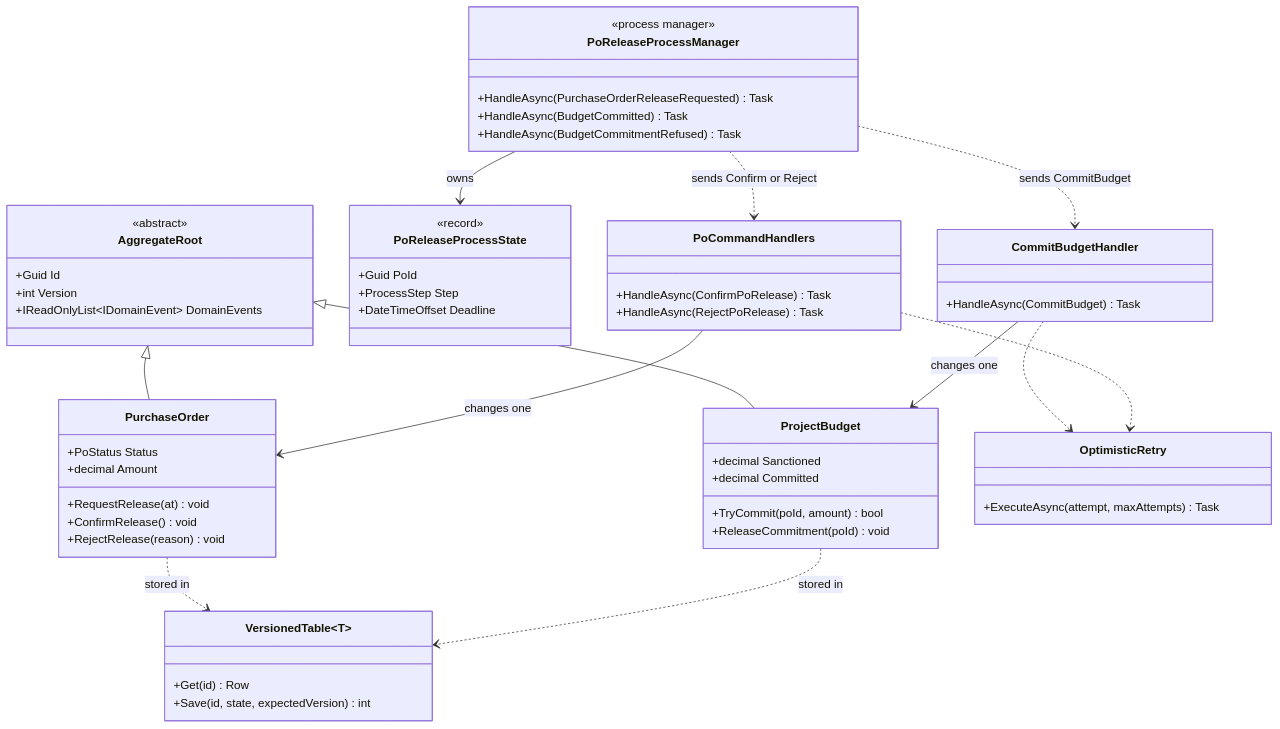
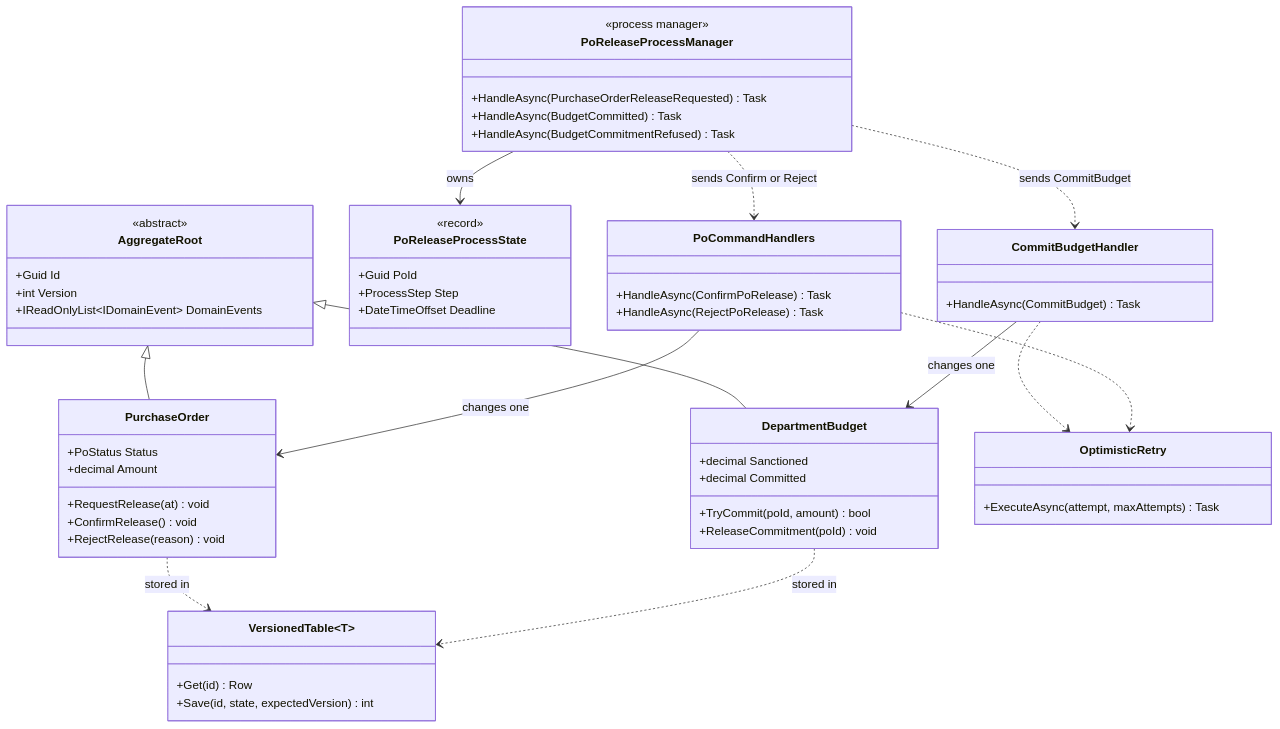
The first of 2 diagrams in content/lessons/m08/m08-transaction-boundaries.md (rizwi0786/system-design-lab), drawn with Mermaid before and after one commit. The commit also changed other lines of this file and 334 other files, not shown here.

````diff
--- a/content/lessons/m08/m08-transaction-boundaries.md
+++ b/content/lessons/m08/m08-transaction-boundaries.md
@@ -176,59 +176,59 @@
 ```mermaid
 classDiagram
     class AggregateRoot {
         <<abstract>>
         +Guid Id
         +int Version
         +IReadOnlyList~IDomainEvent~ DomainEvents
     }
     class PurchaseOrder {
         +PoStatus Status
         +decimal Amount
         +RequestRelease(at) void
         +ConfirmRelease() void
         +RejectRelease(reason) void
     }
-    class ProjectBudget {
+    class DepartmentBudget {
         +decimal Sanctioned
         +decimal Committed
         +TryCommit(poId, amount) bool
         +ReleaseCommitment(poId) void
     }
     class PoReleaseProcessManager {
         <<process manager>>
         +HandleAsync(PurchaseOrderReleaseRequested) Task
         +HandleAsync(BudgetCommitted) Task
         +HandleAsync(BudgetCommitmentRefused) Task
     }
     class PoReleaseProcessState {
         <<record>>
         +Guid PoId
         +ProcessStep Step
         +DateTimeOffset Deadline
     }
     class CommitBudgetHandler {
         +HandleAsync(CommitBudget) Task
     }
     class PoCommandHandlers {
         +HandleAsync(ConfirmPoRelease) Task
         +HandleAsync(RejectPoRelease) Task
     }
     class VersionedTable~T~ {
         +Get(id) Row
         +Save(id, state, expectedVersion) int
     }
     class OptimisticRetry {
         +ExecuteAsync(attempt, maxAttempts) Task
     }
     AggregateRoot <|-- PurchaseOrder
-    AggregateRoot <|-- ProjectBudget
+    AggregateRoot <|-- DepartmentBudget
     PoReleaseProcessManager --> PoReleaseProcessState : owns
     PoReleaseProcessManager ..> CommitBudgetHandler : sends CommitBudget
     PoReleaseProcessManager ..> PoCommandHandlers : sends Confirm or Reject
-    CommitBudgetHandler --> ProjectBudget : changes one
+    CommitBudgetHandler --> DepartmentBudget : changes one
     PoCommandHandlers --> PurchaseOrder : changes one
     CommitBudgetHandler ..> OptimisticRetry
     PoCommandHandlers ..> OptimisticRetry
     PurchaseOrder ..> VersionedTable~T~ : stored in
-    ProjectBudget ..> VersionedTable~T~ : stored in
+    DepartmentBudget ..> VersionedTable~T~ : stored in
 ```
````
